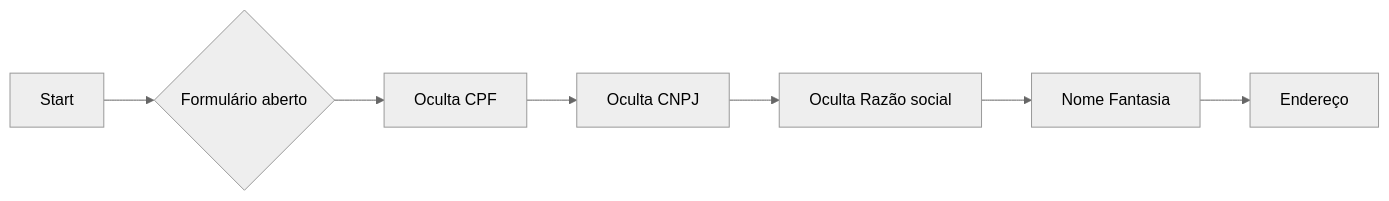
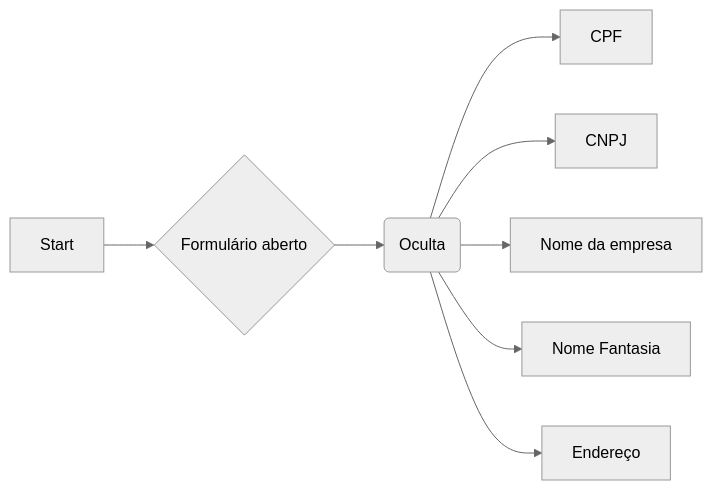
Before and after one commit to byndcloud/quoti-docs: the fourth of 6 diagrams in docs/forms/formflows/practice.md, drawn with Mermaid (neutral theme). The commit also changed other lines of this file and 1 other file, not shown here.

````diff
--- a/docs/forms/formflows/practice.md
+++ b/docs/forms/formflows/practice.md
@@ -101,9 +114,10 @@
 ``` mermaid
 graph LR
   A[Start] --> B{Formulário aberto};
-  B --> C[Oculta CPF];
-  C --> D[Oculta CNPJ];
-  D --> E[Oculta Razão social];
-  E --> F[Nome Fantasia];
-  F --> G[Endereço];
+  B --> C(Oculta);
+  C --> D[CPF];;
+  C --> E[CNPJ];
+  C --> F[Nome da empresa];
+  C --> G[Nome Fantasia];
+  C --> H[Endereço];
 ```
````
